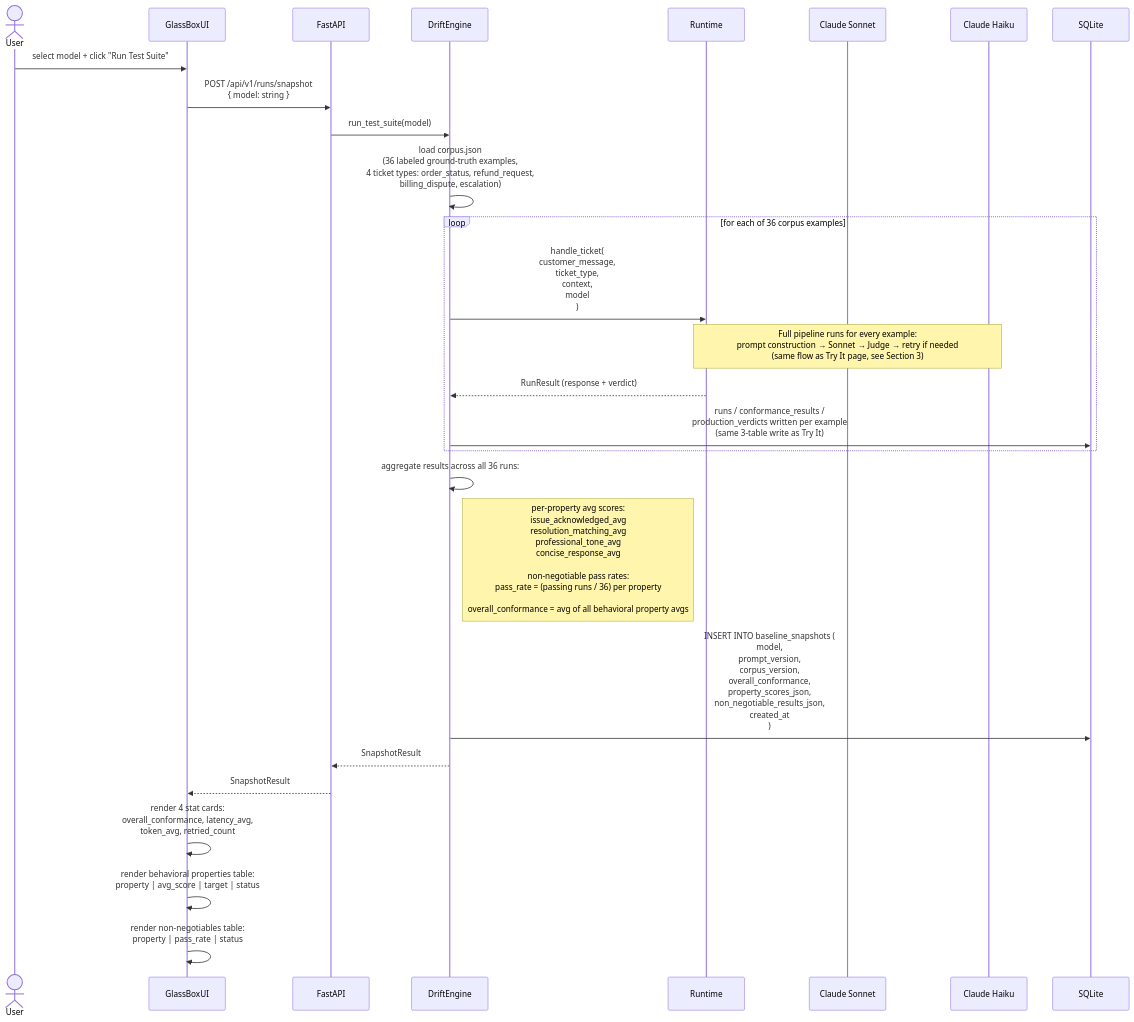
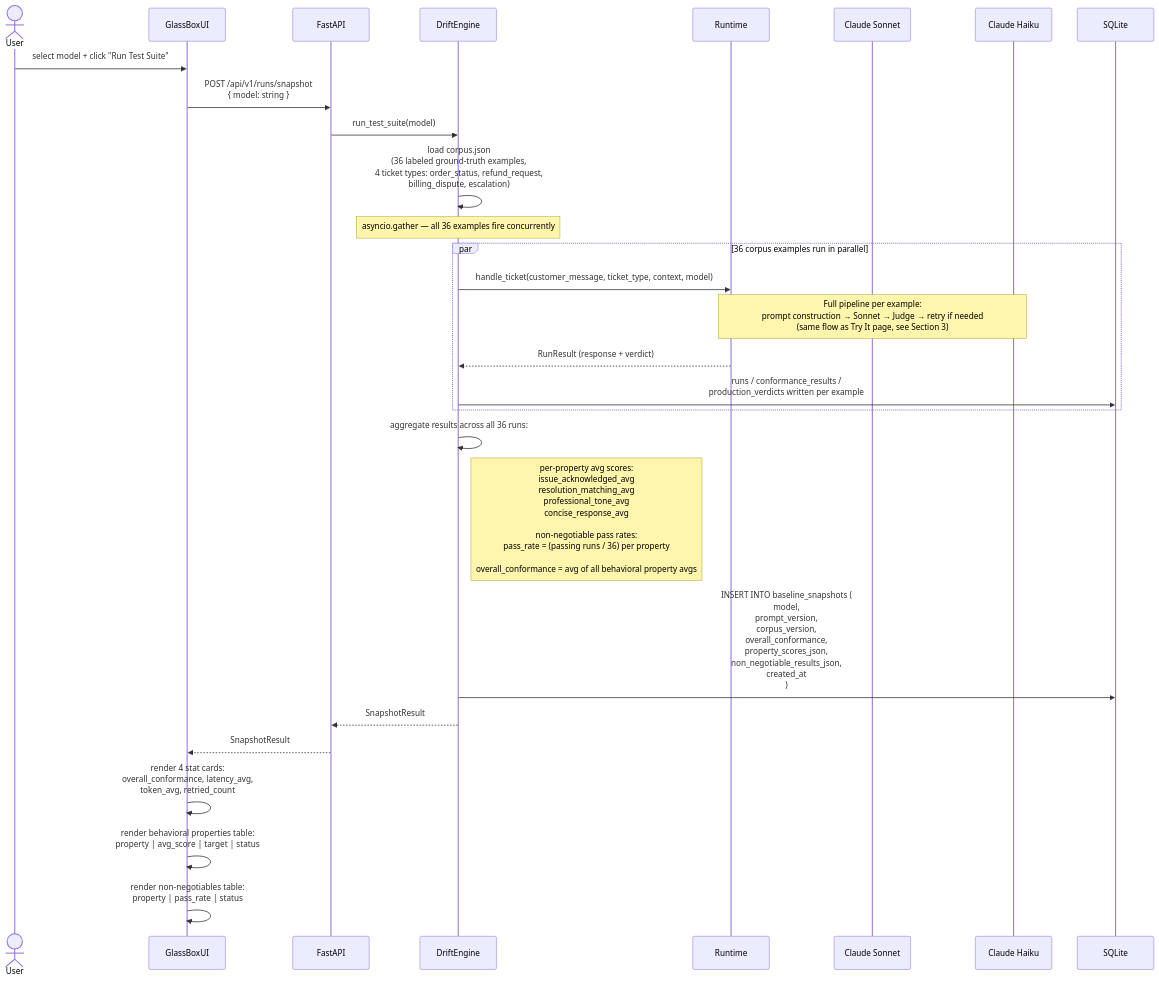
Before and after one commit to ad25343/GlassBox: the fourth of 8 diagrams in docs/interactions.md, drawn with Mermaid. The commit also changed other lines of this file and 5 other files, not shown here.

First line of the commit message:
Update docs to reflect current architecture

````diff
--- a/docs/interactions.md
+++ b/docs/interactions.md
@@ -245,38 +245,39 @@
 ```mermaid
 sequenceDiagram
     actor User
     participant UI as GlassBoxUI
     participant API as FastAPI
     participant DE as DriftEngine
     participant RT as Runtime
     participant Sonnet as Claude Sonnet
     participant Judge as Claude Haiku
     participant DB as SQLite
 
     User->>UI: select model + click "Run Test Suite"
     UI->>API: POST /api/v1/runs/snapshot<br/>{ model: string }
 
     API->>DE: run_test_suite(model)
 
     DE->>DE: load corpus.json<br/>(36 labeled ground-truth examples,<br/>4 ticket types: order_status, refund_request,<br/>billing_dispute, escalation)
 
-    loop for each of 36 corpus examples
-        DE->>RT: handle_ticket(<br/>  customer_message,<br/>  ticket_type,<br/>  context,<br/>  model<br/>)
-        Note over RT, Judge: Full pipeline runs for every example:<br/>prompt construction → Sonnet → Judge → retry if needed<br/>(same flow as Try It page, see Section 3)
+    Note over DE: asyncio.gather — all 36 examples fire concurrently
+    par 36 corpus examples run in parallel
+        DE->>RT: handle_ticket(customer_message, ticket_type, context, model)
+        Note over RT, Judge: Full pipeline per example:<br/>prompt construction → Sonnet → Judge → retry if needed<br/>(same flow as Try It page, see Section 3)
         RT-->>DE: RunResult (response + verdict)
-        DE->>DB: runs / conformance_results /<br/>production_verdicts written per example<br/>(same 3-table write as Try It)
+        DE->>DB: runs / conformance_results /<br/>production_verdicts written per example
     end
 
     DE->>DE: aggregate results across all 36 runs:
     Note right of DE: per-property avg scores:<br/>  issue_acknowledged_avg<br/>  resolution_matching_avg<br/>  professional_tone_avg<br/>  concise_response_avg<br/><br/>non-negotiable pass rates:<br/>  pass_rate = (passing runs / 36) per property<br/><br/>overall_conformance = avg of all behavioral property avgs
 
     DE->>DB: INSERT INTO baseline_snapshots (<br/>  model,<br/>  prompt_version,<br/>  corpus_version,<br/>  overall_conformance,<br/>  property_scores_json,<br/>  non_negotiable_results_json,<br/>  created_at<br/>)
 
     DE-->>API: SnapshotResult
 
     API-->>UI: SnapshotResult
 
     UI->>UI: render 4 stat cards:<br/>  overall_conformance, latency_avg,<br/>  token_avg, retried_count
     UI->>UI: render behavioral properties table:<br/>  property | avg_score | target | status
     UI->>UI: render non-negotiables table:<br/>  property | pass_rate | status
 ```
````
